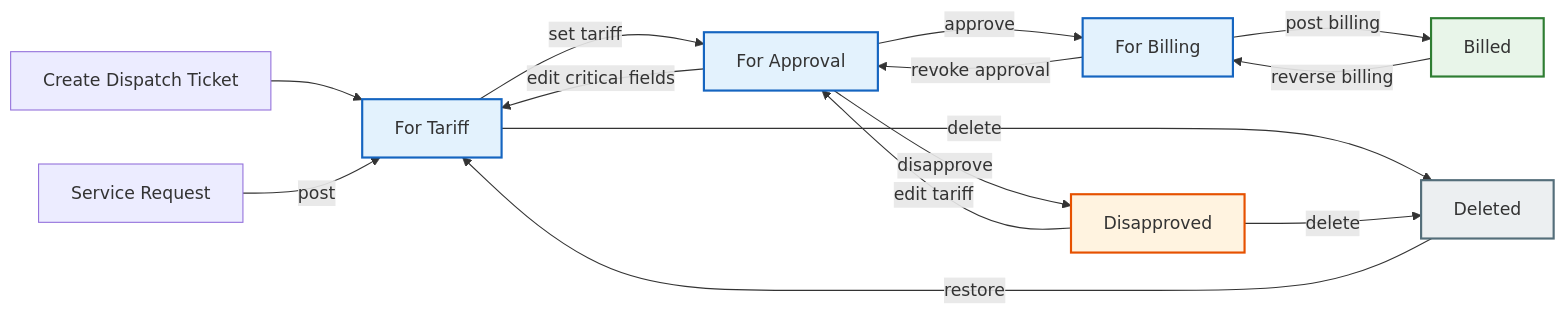
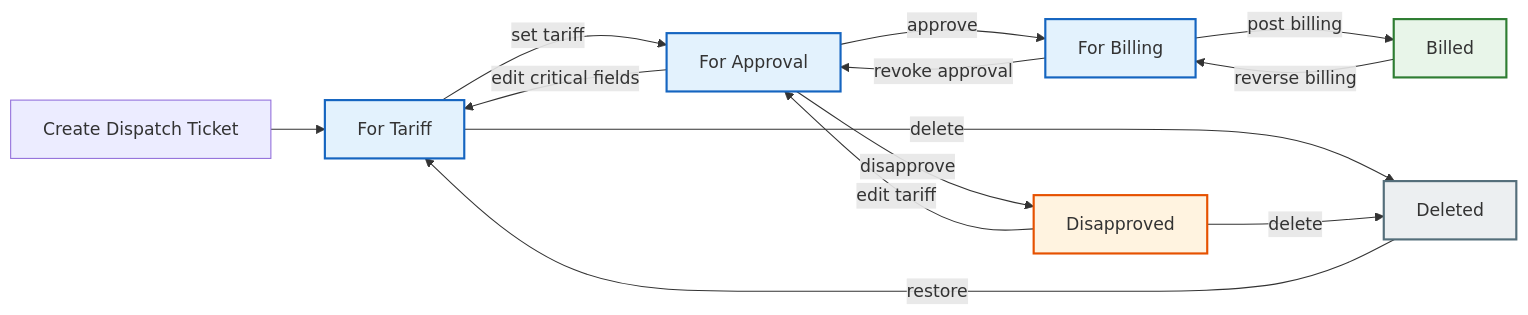
The diagram in Docs/manual/02-dispatch-ticket.md (fri-mis-enterprise/MMSI.IBS), drawn with Mermaid before and after one commit. The commit also changed other lines of this file and 40 other files, not shown here.

Commit message:
Remove Service Request workflow

````diff
--- a/Docs/manual/02-dispatch-ticket.md
+++ b/Docs/manual/02-dispatch-ticket.md
@@ -9,32 +9,30 @@
 ```mermaid
 graph LR
     %% Entry points
     Create[Create Dispatch Ticket] --> ForTariff[For Tariff]
-    SR[Service Request] -->|post| ForTariff
-
     %% Main flow
     ForTariff -->|set tariff| ForApproval[For Approval]
     ForApproval -->|approve| ForBilling[For Billing]
     ForApproval -->|disapprove| Disapproved
     Disapproved -->|edit tariff| ForApproval
     ForBilling -->|post billing| Billed
     ForBilling -->|revoke approval| ForApproval
     Billed -->|reverse billing| ForBilling
 
     %% Edit resets tariff on critical change
     ForApproval -->|edit critical fields| ForTariff
 
     %% Soft delete / restore
     ForTariff -->|delete| Deleted
     Disapproved -->|delete| Deleted
     Deleted -->|restore| ForTariff
 
     classDef main fill:#e3f2fd,stroke:#1565c0,stroke-width:2px;
     classDef billed fill:#e8f5e9,stroke:#2e7d32,stroke-width:2px;
     classDef disapproved fill:#fff3e0,stroke:#e65100,stroke-width:2px;
     classDef deleted fill:#eceff1,stroke:#546e7a,stroke-width:2px;
     class ForTariff,ForApproval,ForBilling main;
     class Disapproved disapproved;
     class Billed billed;
     class Deleted deleted;
 ```
````
